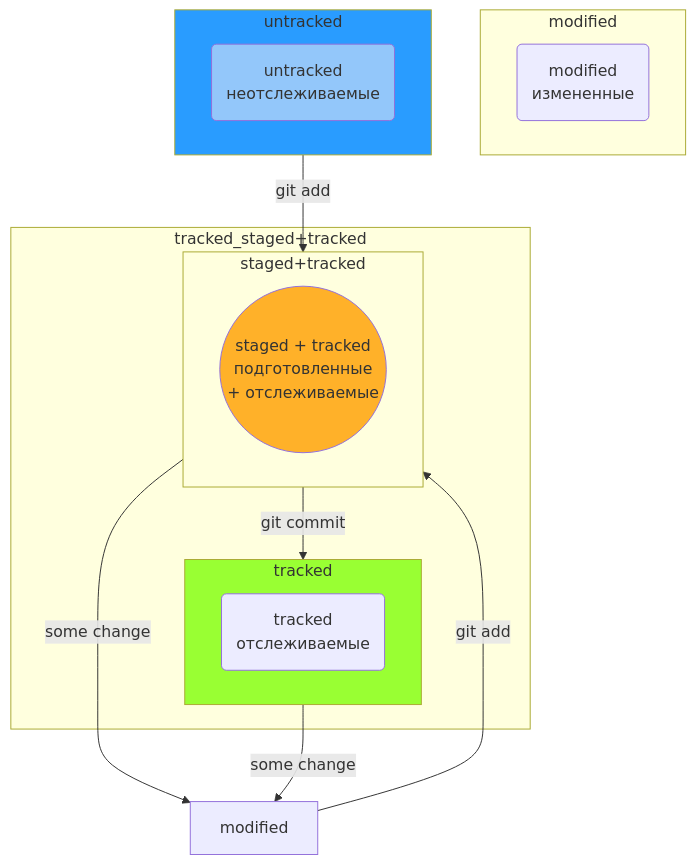
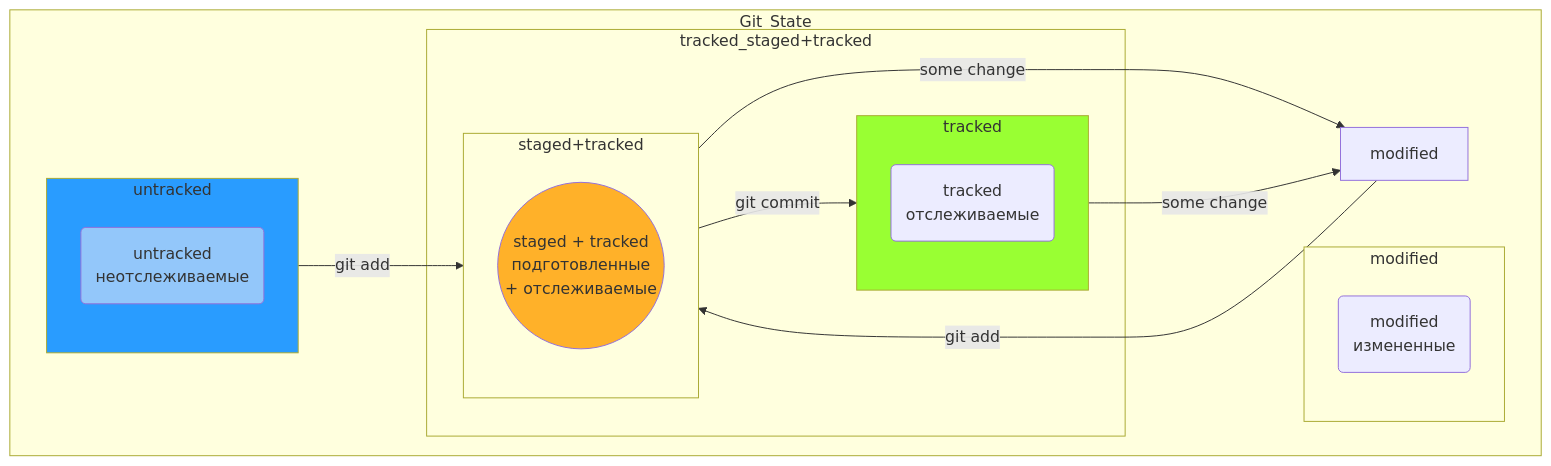
Before and after one commit to AleksandrVakarin/GitInstructionMermaid: the diagram in README.md, drawn with Mermaid.

````diff
--- a/README.md
+++ b/README.md
@@ -93,45 +93,45 @@
 ```mermaid
 flowchart TD;
 	
 	stgd((staged + tracked<br>подготовленные<br> + отслеживаемые))
 	mdf(modified<br>измененные)
 	untr(untracked<br>неотслеживаемые)
 	trcd(tracked<br>отслеживаемые)
 
 
-	
+	subgraph Git_State
 
-	subgraph tracked_staged+tracked
+		subgraph tracked_staged+tracked
 
-		subgraph tracked
-			trcd
+			subgraph tracked
+				trcd
+			end
+
+			subgraph staged+tracked
+				stgd
+			end
+
 		end
 
-		subgraph staged+tracked
-			stgd
+
+		subgraph modified 
+			mdf
 		end
 
+
+		subgraph untracked
+			untr
+		end
+		
+		untracked-- git add -->staged+tracked
+		modified-- git add --> staged+tracked
+		staged+tracked-- some change --> modified
+		staged+tracked-- git commit --> tracked
+		tracked-- some change -->modified
 	end
-
-
-	subgraph modified 
-		mdf
-	end
-
-
-	subgraph untracked
-		untr
-	end
-	
-	untracked-- git add -->staged+tracked
-	modified-- git add --> staged+tracked
-	staged+tracked-- some change --> modified
-	staged+tracked-- git commit --> tracked
-	tracked-- some change -->modified
-
 
 	style stgd fill: #FFB129
 	style untr fill: #93C7FA
 	style untracked fill: #299CFF
 	style tracked fill: #99FF33
 ```
````
